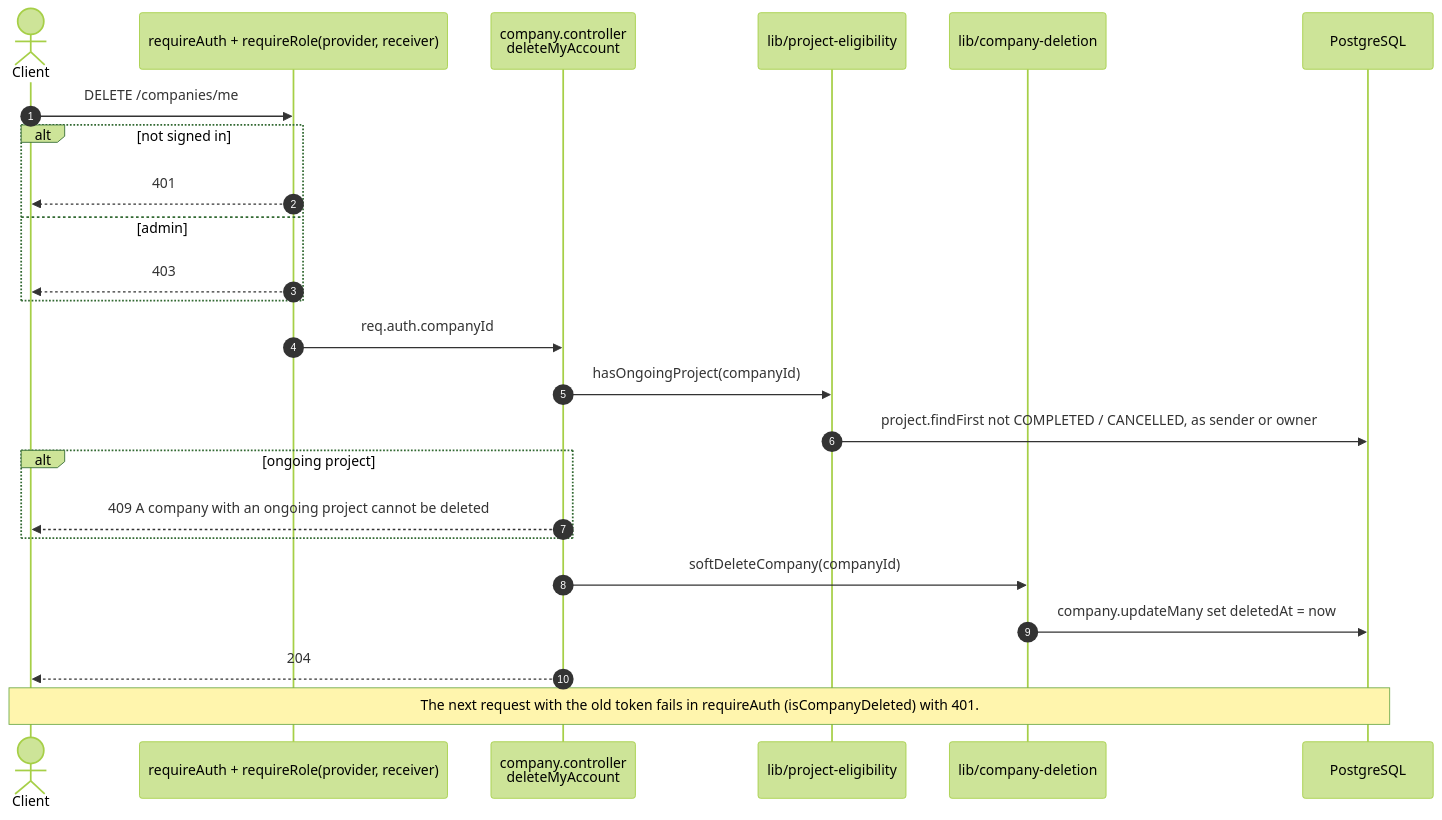
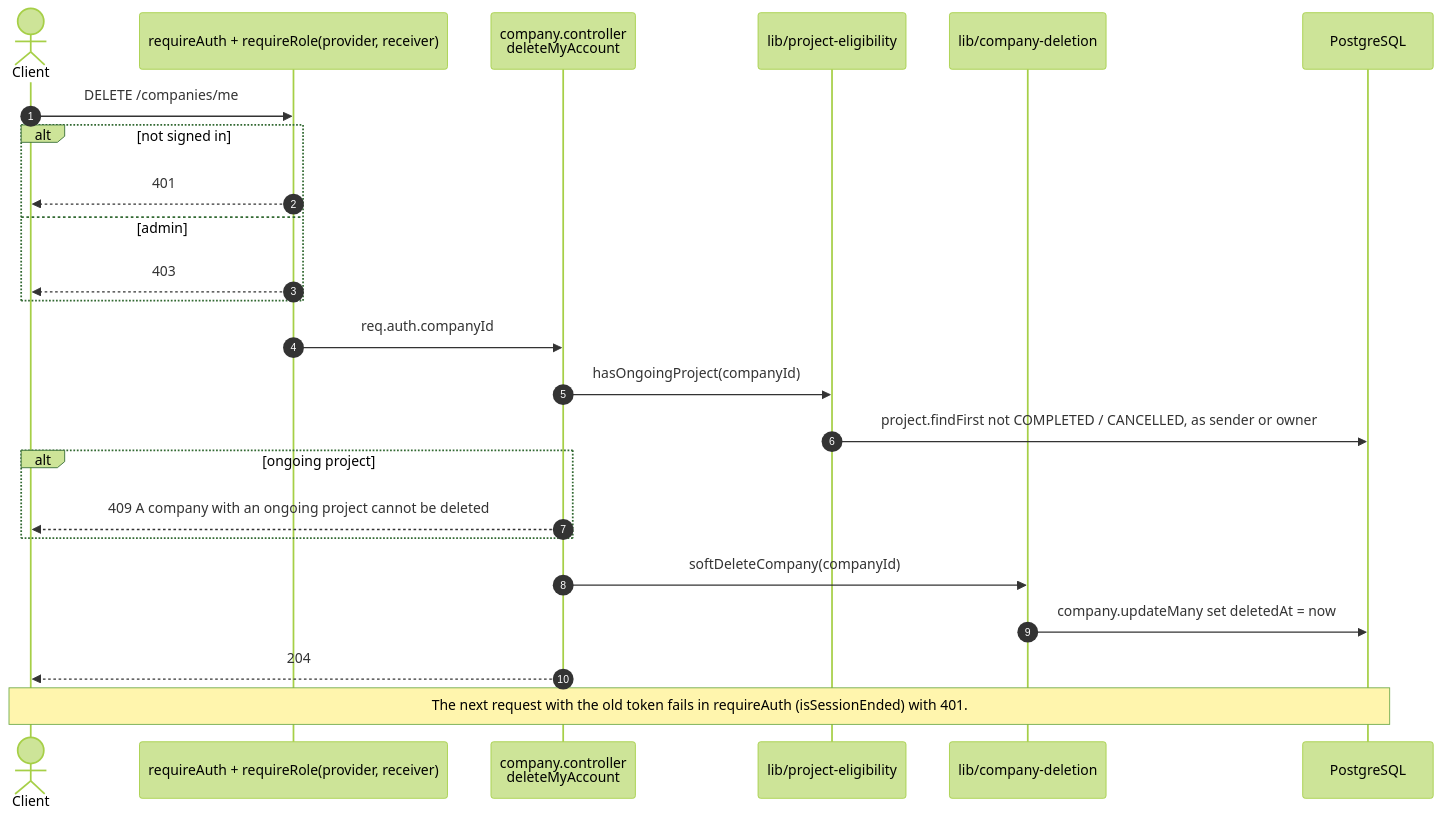
The seventh of 11 diagrams in docs/api/companies.md (taofuuu/MangoDB), drawn with Mermaid (forest theme) before and after one commit. The commit also changed 1 other file, not shown here.

Commit message:
docs(api): isCompanyDeleted is now isSessionEnded
It also ends sessions issued before a credential change.

````diff
--- a/docs/api/companies.md
+++ b/docs/api/companies.md
@@ -227,27 +227,27 @@
 ```mermaid
 sequenceDiagram
     autonumber
     actor C as Client
     participant G as requireAuth + requireRole(provider, receiver)
     participant Ctl as company.controller<br/>deleteMyAccount
     participant E as lib/project-eligibility
     participant D as lib/company-deletion
     participant DB as PostgreSQL
 
     C->>G: DELETE /companies/me
     alt not signed in
         G-->>C: 401
     else admin
         G-->>C: 403
     end
     G->>Ctl: req.auth.companyId
     Ctl->>E: hasOngoingProject(companyId)
     E->>DB: project.findFirst not COMPLETED / CANCELLED, as sender or owner
     alt ongoing project
         Ctl-->>C: 409 A company with an ongoing project cannot be deleted
     end
     Ctl->>D: softDeleteCompany(companyId)
     D->>DB: company.updateMany set deletedAt = now
     Ctl-->>C: 204
-    Note over C,DB: The next request with the old token fails in requireAuth (isCompanyDeleted) with 401.
+    Note over C,DB: The next request with the old token fails in requireAuth (isSessionEnded) with 401.
 ```
````
